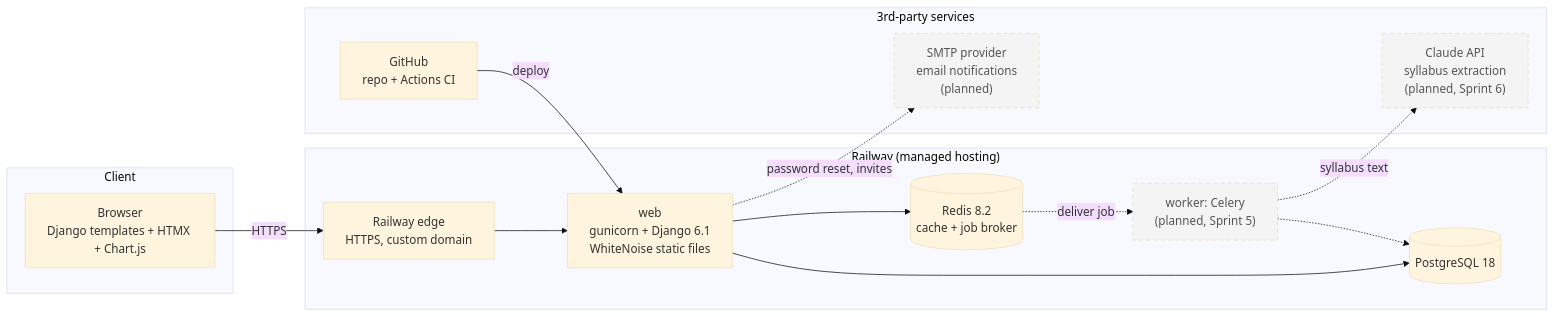
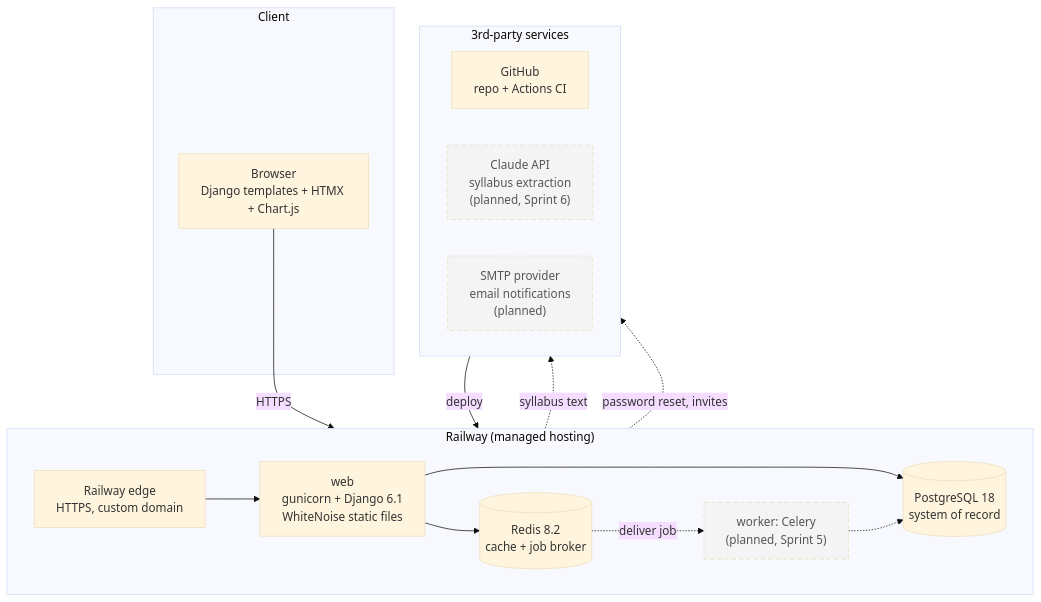
One commit to OnurHaniffa/polaris changed the diagram in docs/diagrams/architecture.mmd. Above: the diagram before and after it, drawn with Mermaid (base theme). The commit also changed 2 other files, not shown here.

Commit message:
Lay out the architecture diagram top to bottom so it prints readably

```diff
--- a/docs/diagrams/architecture.mmd
+++ b/docs/diagrams/architecture.mmd
@@ -1,25 +1,23 @@
-flowchart LR
+flowchart TB
     subgraph Client
         B["Browser<br/>Django templates + HTMX + Chart.js"]
     end
     subgraph Railway["Railway (managed hosting)"]
-        E["Railway edge<br/>HTTPS, custom domain"]
-        W["web<br/>gunicorn + Django 6.1<br/>WhiteNoise static files"]
-        P[("PostgreSQL 18")]
-        R[("Redis 8.2<br/>cache + job broker")]
-        K["worker: Celery<br/>(planned, Sprint 5)"]:::planned
+        direction LR
+        E["Railway edge<br/>HTTPS, custom domain"] --> W["web<br/>gunicorn + Django 6.1<br/>WhiteNoise static files"]
+        W --> P[("PostgreSQL 18<br/>system of record")]
+        W --> R[("Redis 8.2<br/>cache + job broker")]
+        R -. deliver job .-> K["worker: Celery<br/>(planned, Sprint 5)"]:::planned
+        K -.-> P
     end
     subgraph External["3rd-party services"]
+        direction LR
+        G["GitHub<br/>repo + Actions CI"]
         A["Claude API<br/>syllabus extraction<br/>(planned, Sprint 6)"]:::planned
         M["SMTP provider<br/>email notifications<br/>(planned)"]:::planned
-        G["GitHub<br/>repo + Actions CI"]
     end
-    B -- HTTPS --> E --> W
-    W --> P
-    W --> R
-    R -. deliver job .-> K
-    K -.-> P
+    B -- HTTPS --> E
+    G -- deploy --> W
     K -. syllabus text .-> A
     W -. password reset, invites .-> M
-    G -- deploy --> W
     classDef planned stroke-dasharray: 6 4,fill:#f4f4f4,color:#555
```
